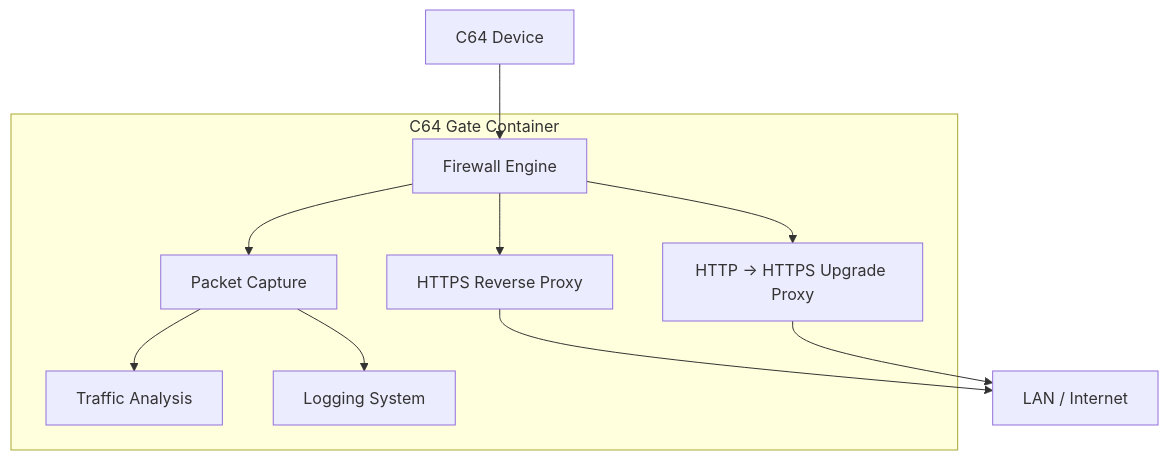
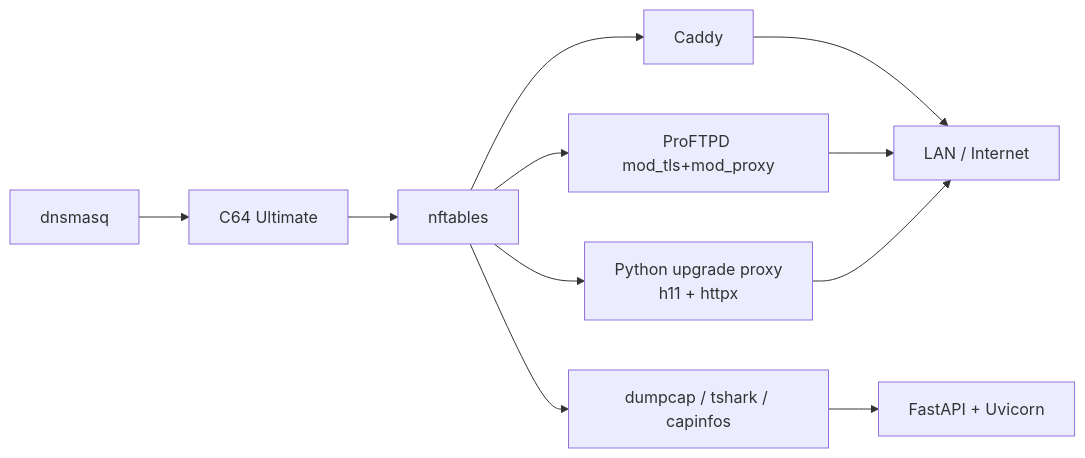
One commit to chrisgleissner/c64gate changed the second of 5 diagrams in doc/architecture.md. Above: the diagram before and after it, drawn with Mermaid. The commit also changed other lines of this file and 53 other files, not shown here.

First line of the commit message:
feat: add control plane and upgrade proxy components

````diff
--- a/doc/architecture.md
+++ b/doc/architecture.md
@@ -65,25 +534,23 @@
-``` mermaid
-flowchart TB
-    subgraph C64 Gate Container
-        FW["Firewall Engine"]
-        PROXY["HTTPS Reverse Proxy"]
-        UPGRADE["HTTP → HTTPS Upgrade Proxy"]
-        CAPTURE["Packet Capture"]
-        ANALYSIS["Traffic Analysis"]
-        LOGS["Logging System"]
-    end
-
-    C64["C64 Device"]
+```mermaid
+flowchart LR
+    C64["C64 Ultimate"]
+    DHCP["dnsmasq"]
+    FW["nftables"]
+    CADDY["Caddy"]
+    FTP["ProFTPD mod_tls+mod_proxy"]
+    UPG["Python upgrade proxy\nh11 + httpx"]
+    CAP["dumpcap / tshark / capinfos"]
+    DASH["FastAPI + Uvicorn"]
     NET["LAN / Internet"]
 
+    DHCP --> C64
     C64 --> FW
-    FW --> PROXY
-    FW --> UPGRADE
-    FW --> CAPTURE
-
-    PROXY --> NET
-    UPGRADE --> NET
-
-    CAPTURE --> ANALYSIS
-    CAPTURE --> LOGS
+    FW --> CADDY
+    FW --> FTP
+    FW --> UPG
+    FW --> CAP
+    CAP --> DASH
+    CADDY --> NET
+    FTP --> NET
+    UPG --> NET
 ```
````
